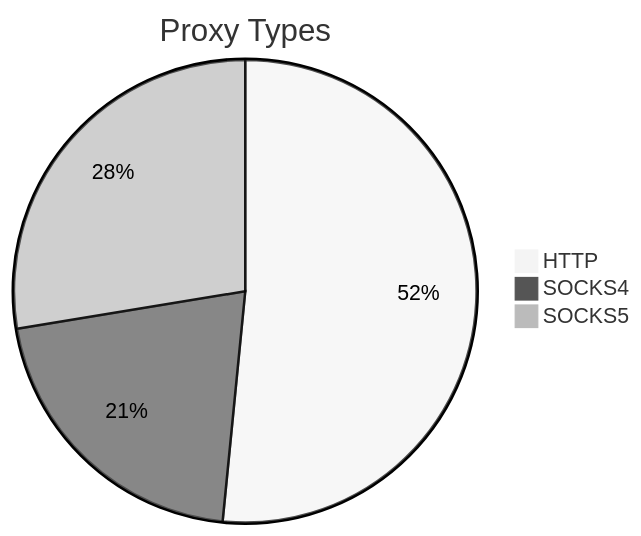
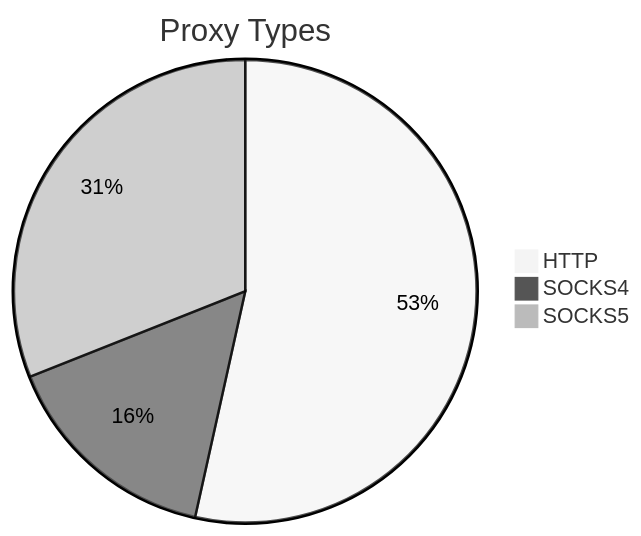
Before and after one commit to stormsia/proxy-list: the first of 2 diagrams in README.md, drawn with Mermaid (neutral theme). The commit also changed other lines of this file, not shown here.

````diff
--- a/README.md
+++ b/README.md
@@ -21,6 +21,6 @@
 ```mermaid
 pie title Proxy Types
-    "HTTP" : 413
-    "SOCKS4" : 167
-    "SOCKS5" : 221
+    "HTTP" : 369
+    "SOCKS4" : 107
+    "SOCKS5" : 214
 ```
````
